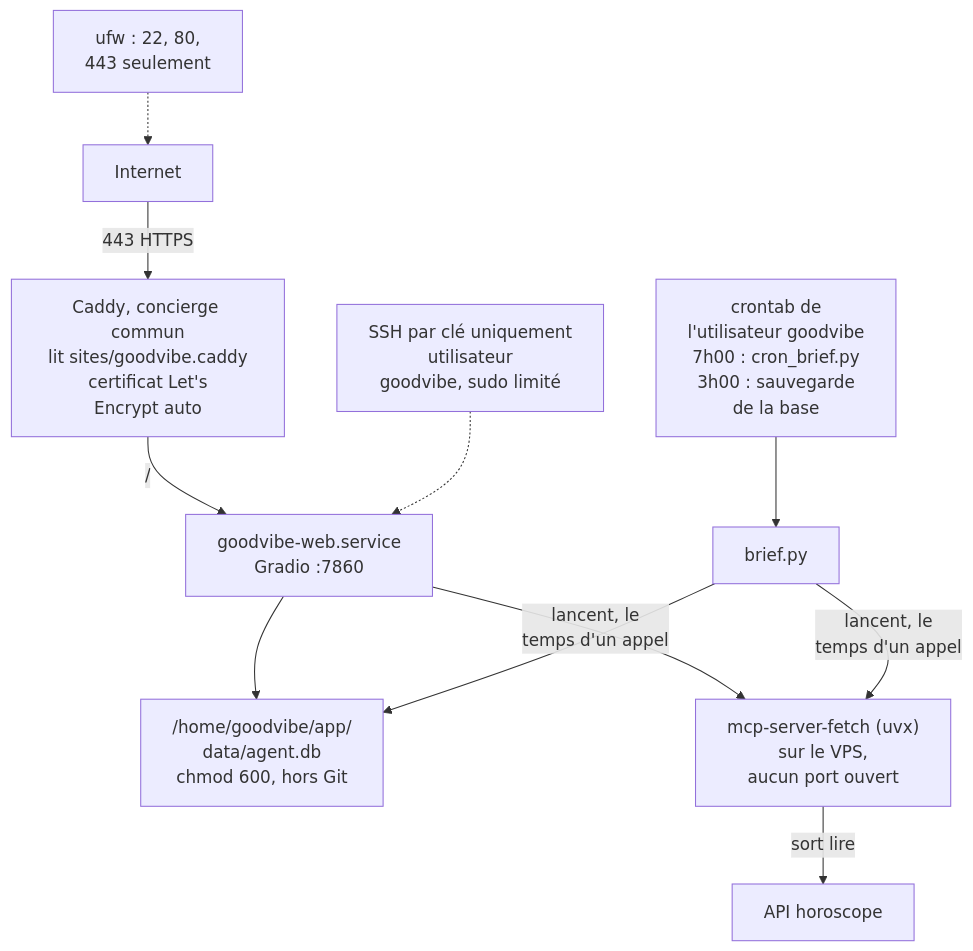
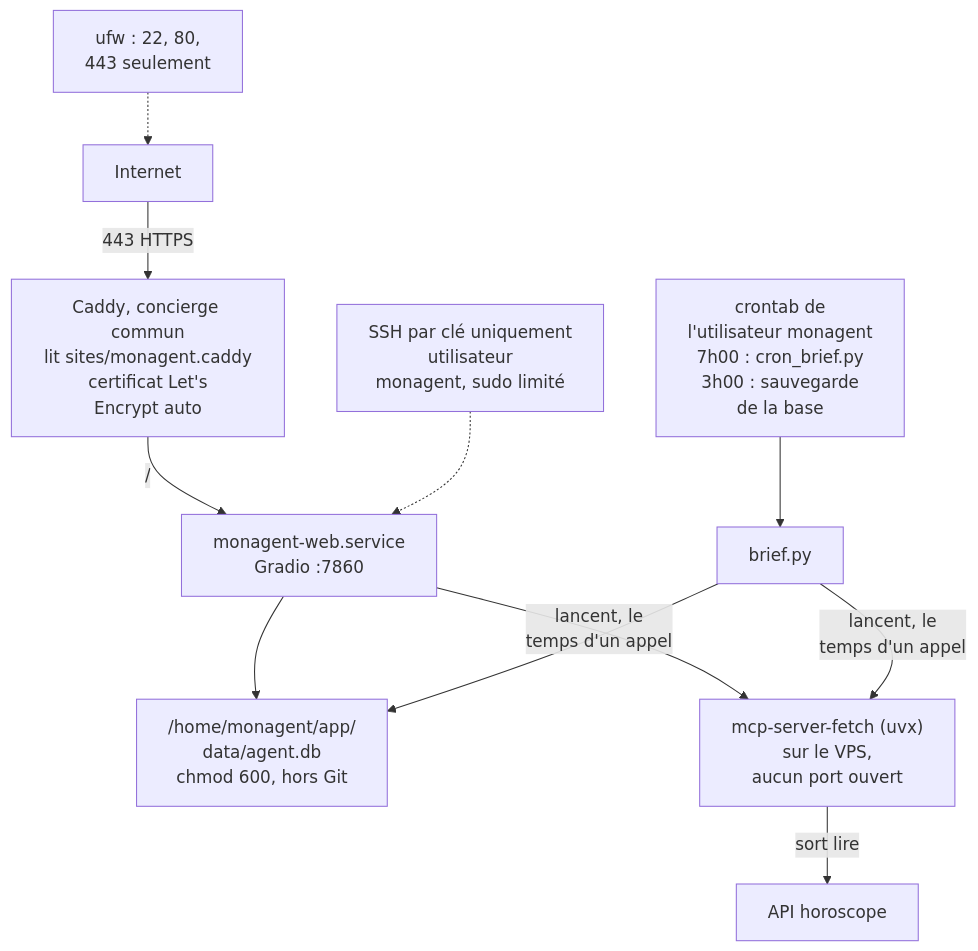
Diagram 33 of 43 in tuto-goodvibe-vibecoding.md (lecinquiemejour-code/goodvibe-tuto), drawn with Mermaid before and after one commit. The commit also changed other lines of this file and 2 other files, not shown here.

````diff
--- a/tuto-goodvibe-vibecoding.md
+++ b/tuto-goodvibe-vibecoding.md
@@ -1768,11 +1768,11 @@
 ```mermaid
 flowchart TD
-    I["Internet"] -- "443 HTTPS" --> CD["Caddy, concierge commun<br/>lit sites/goodvibe.caddy<br/>certificat Let's<br/>Encrypt auto"]
-    CD -- "/  " --> GR["goodvibe-web.service<br/>Gradio :7860"]
-    CR["crontab de<br/>l'utilisateur goodvibe<br/>7h00 : cron_brief.py<br/>3h00 : sauvegarde<br/>de la base"] --> BR["brief.py"]
-    GR & BR --> DB["/home/goodvibe/app/<br/>data/agent.db<br/>chmod 600, hors Git"]
+    I["Internet"] -- "443 HTTPS" --> CD["Caddy, concierge commun<br/>lit sites/monagent.caddy<br/>certificat Let's<br/>Encrypt auto"]
+    CD -- "/  " --> GR["monagent-web.service<br/>Gradio :7860"]
+    CR["crontab de<br/>l'utilisateur monagent<br/>7h00 : cron_brief.py<br/>3h00 : sauvegarde<br/>de la base"] --> BR["brief.py"]
+    GR & BR --> DB["/home/monagent/app/<br/>data/agent.db<br/>chmod 600, hors Git"]
     GR & BR -- "lancent, le<br/>temps d'un appel" --> MF["mcp-server-fetch (uvx)<br/>sur le VPS,<br/>aucun port ouvert"]
     MF -- "sort lire" --> HO["API horoscope"]
     UFW["ufw : 22, 80,<br/>443 seulement"] -.-> I
-    SSH["SSH par clé uniquement<br/>utilisateur<br/>goodvibe, sudo limité"] -.-> GR
+    SSH["SSH par clé uniquement<br/>utilisateur<br/>monagent, sudo limité"] -.-> GR
 ```
````
